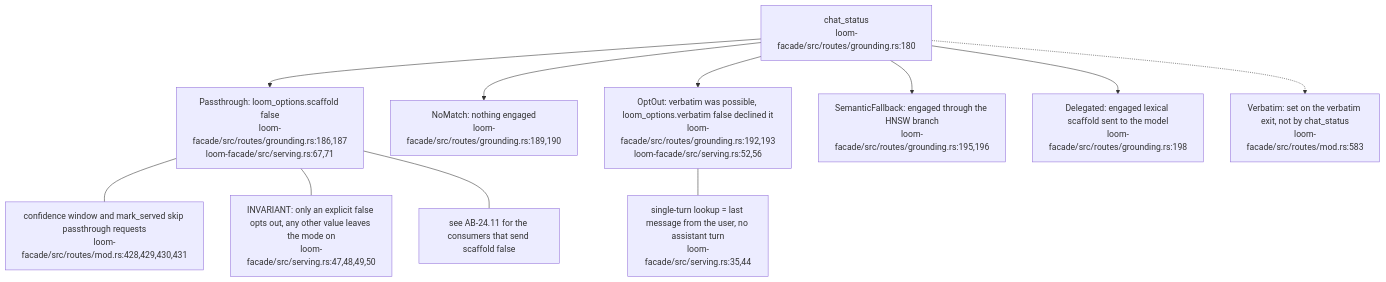
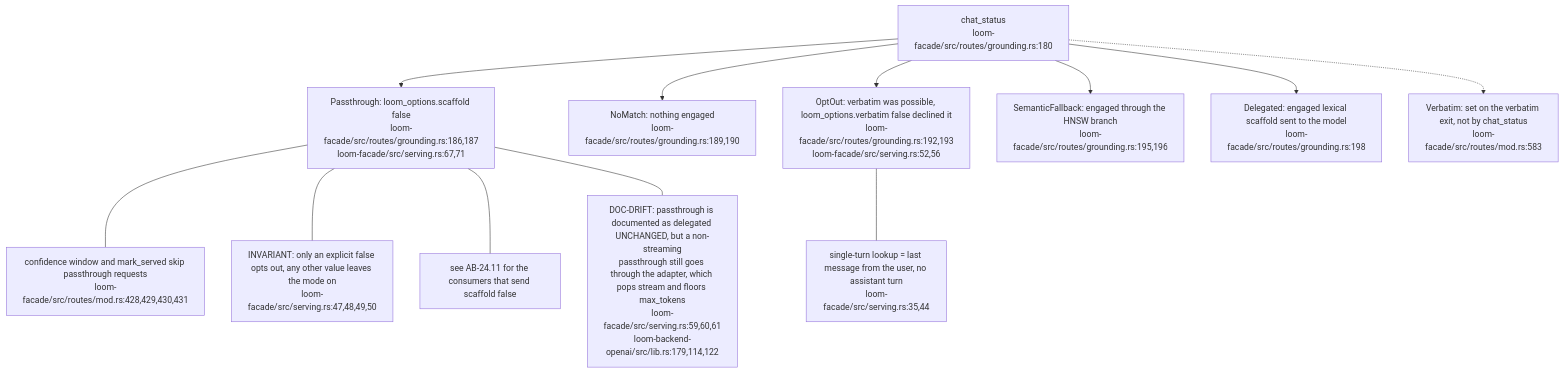
Before and after one commit to DreamLab-AI/VisionFlow: the second of 4 diagrams in docs/diagrams/loom/04-chat-completions-serving-modes-and-jev.md, drawn with Mermaid. The commit also changed other lines of this file and 2 other files, not shown here.

Commit message:
diagrams(loom): correct LM-05.2 promotion branches, add the config surface
- LM-05.2: a same-id copy that no longer verifies is reinstalled without
  the ancestry check, and --allow-rollback installs directly; the diagram
  had routed both through is_older (promote.rs:163-193).
- LM-05.3: add the missing exit when the restart command fails.
- LM-02.7: new diagram of the whole Config env surface, the reads that
  live outside it, and the Python-parity defaults for max_seeds and prose.
- LM-04: mark that non-streaming passthrough still passes through the
  adapter's stream strip and token floor, and that the README's "off by
  default" Jev contrasts with both compose profiles defaulting it on.

Scoped gate: 1018 citations verified, 35 of 35 diagrams rendered.

````diff
--- a/docs/diagrams/loom/04-chat-completions-serving-modes-and-jev.md
+++ b/docs/diagrams/loom/04-chat-completions-serving-modes-and-jev.md
@@ -63,24 +63,26 @@
 ```mermaid
 flowchart TB
     CS["chat_status<br/>loom-facade/src/routes/grounding.rs:180"]
     P["Passthrough: loom_options.scaffold false<br/>loom-facade/src/routes/grounding.rs:186,187<br/>loom-facade/src/serving.rs:67,71"]
     N["NoMatch: nothing engaged<br/>loom-facade/src/routes/grounding.rs:189,190"]
     O["OptOut: verbatim was possible, loom_options.verbatim false declined it<br/>loom-facade/src/routes/grounding.rs:192,193<br/>loom-facade/src/serving.rs:52,56"]
     S["SemanticFallback: engaged through the HNSW branch<br/>loom-facade/src/routes/grounding.rs:195,196"]
     D["Delegated: engaged lexical scaffold sent to the model<br/>loom-facade/src/routes/grounding.rs:198"]
     V["Verbatim: set on the verbatim exit, not by chat_status<br/>loom-facade/src/routes/mod.rs:583"]
     CS --> P
     CS --> N
     CS --> O
     CS --> S
     CS --> D
     CS -.-> V
     CNT["confidence window and mark_served skip passthrough requests<br/>loom-facade/src/routes/mod.rs:428,429,430,431"]
     P --- CNT
     SHAPE["single-turn lookup = last message from the user, no assistant turn<br/>loom-facade/src/serving.rs:35,44"]
     O --- SHAPE
     INV["INVARIANT: only an explicit false opts out, any other value leaves the mode on<br/>loom-facade/src/serving.rs:47,48,49,50"]
     P --- INV
     SEE["see AB-24.11 for the consumers that send scaffold false"]
     P --- SEE
+    DRIFT["DOC-DRIFT: passthrough is documented as delegated UNCHANGED, but a non-streaming<br/>passthrough still goes through the adapter, which pops stream and floors max_tokens<br/>loom-facade/src/serving.rs:59,60,61<br/>loom-backend-openai/src/lib.rs:179,114,122"]
+    P --- DRIFT
 ```
````
